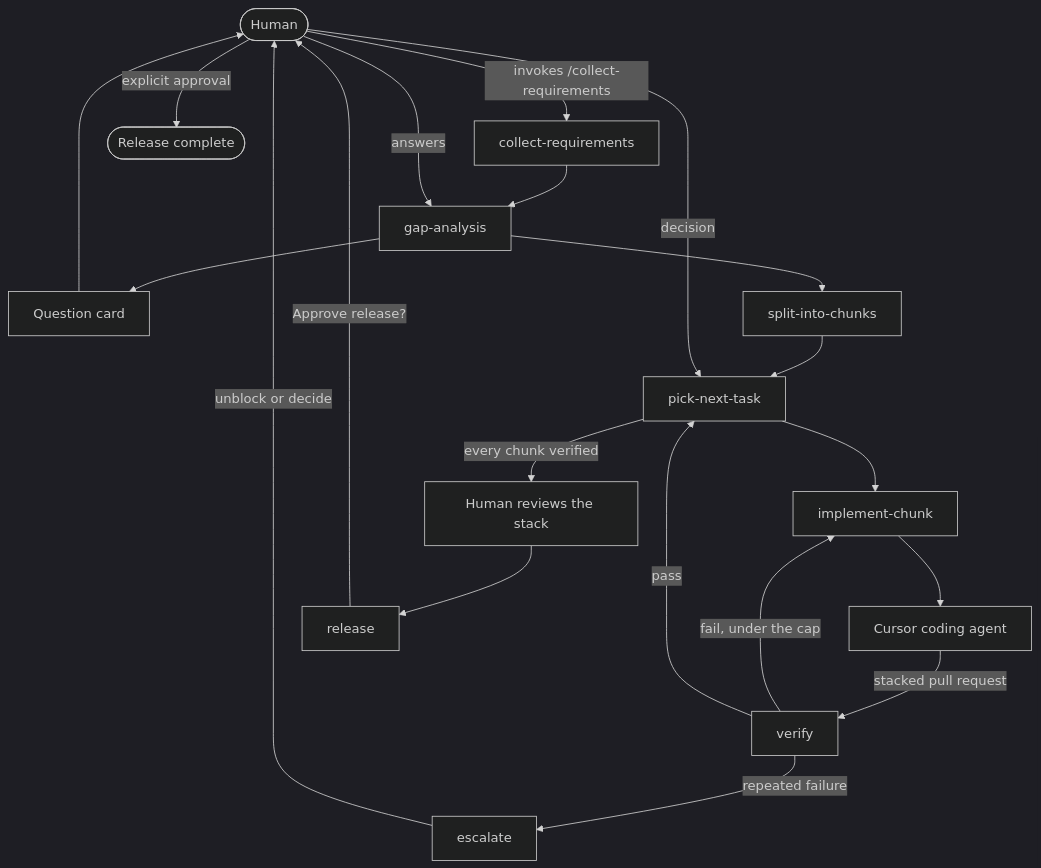
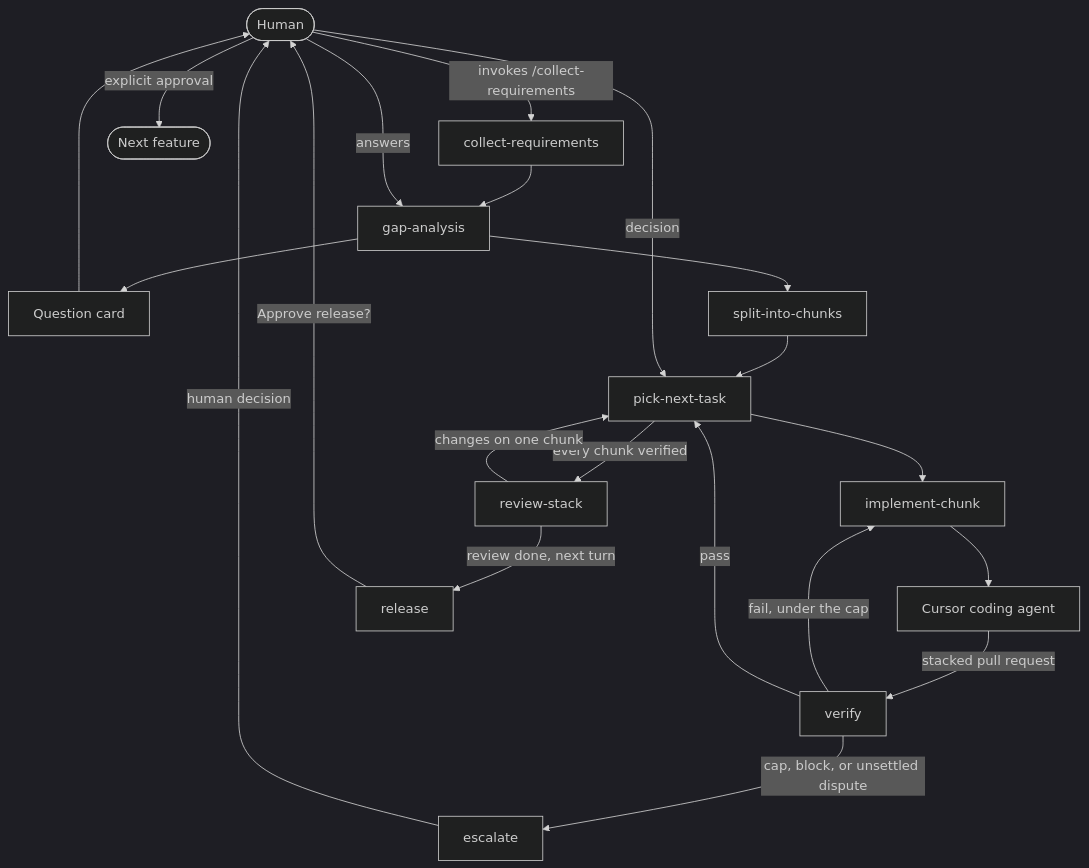
Before and after one commit to artem-trachuk/fstack: the diagram in README.md, drawn with Mermaid (dark theme). The commit also changed other lines of this file and 49 other files, not shown here.

````diff
--- a/README.md
+++ b/README.md
@@ -32,36 +36,37 @@
 ```mermaid
 flowchart TD
   human([Human])
   collect[collect-requirements]
   gap[gap-analysis]
   questions[Question card]
   split[split-into-chunks]
   pick[pick-next-task]
   implement[implement-chunk]
   coding[Cursor coding agent]
   verify[verify]
   escalate[escalate]
-  review[Human reviews the stack]
+  review[review-stack]
   release[release]
-  prod([Release complete])
+  done([Next feature])
 
   human -->|invokes /collect-requirements| collect
   collect --> gap
   gap --> questions
   questions --> human
   human -->|answers| gap
   gap --> split
   split --> pick
   pick --> implement
   implement --> coding
   coding -->|stacked pull request| verify
   verify -->|fail, under the cap| implement
-  verify -->|repeated failure| escalate
-  escalate -->|unblock or decide| human
+  verify -->|cap, block, or unsettled dispute| escalate
+  escalate -->|human decision| human
   human -->|decision| pick
   verify -->|pass| pick
   pick -->|every chunk verified| review
-  review --> release
+  review -->|changes on one chunk| pick
+  review -->|review done, next turn| release
   release -->|Approve release?| human
-  human -->|explicit approval| prod
+  human -->|explicit approval| done
 ```
````
